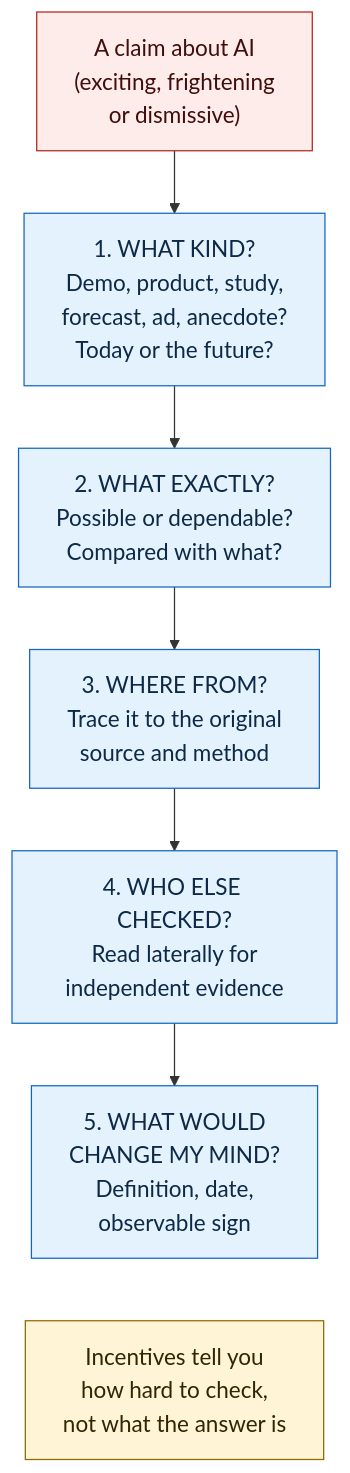
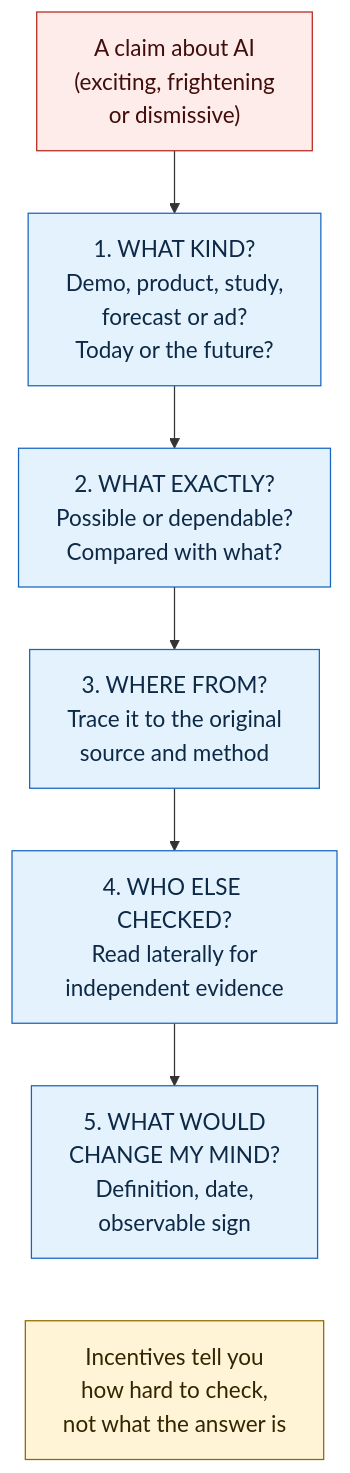
Before and after one commit to danijeljw-RPC/how-to-use-ai.com: the diagram in docs/30-books/31-book-01/diagrams/ai-claim-five-questions.mmd, drawn with Mermaid. The commit also changed 9 other files, not shown here.

```diff
--- a/docs/30-books/31-book-01/diagrams/ai-claim-five-questions.mmd
+++ b/docs/30-books/31-book-01/diagrams/ai-claim-five-questions.mmd
@@ -1,17 +1,17 @@
 %%{init: {"flowchart": {"htmlLabels": false}, "themeVariables": {"fontSize": "18px"}}}%%
 flowchart TB
     H["A claim about AI<br/>(exciting, frightening<br/>or dismissive)"]
-    Q1["1. WHAT KIND?<br/>Demo, product, study,<br/>forecast, ad, anecdote?<br/>Today or the future?"]
+    Q1["1. WHAT KIND?<br/>Demo, product, study,<br/>forecast or ad?<br/>Today or the future?"]
     Q2["2. WHAT EXACTLY?<br/>Possible or dependable?<br/>Compared with what?"]
     Q3["3. WHERE FROM?<br/>Trace it to the original<br/>source and method"]
     Q4["4. WHO ELSE CHECKED?<br/>Read laterally for<br/>independent evidence"]
     Q5["5. WHAT WOULD<br/>CHANGE MY MIND?<br/>Definition, date,<br/>observable sign"]
     N["Incentives tell you<br/>how hard to check,<br/>not what the answer is"]
     H --> Q1 --> Q2 --> Q3 --> Q4 --> Q5
     Q5 ~~~ N
     classDef claim fill:#fdecea,stroke:#b3261e,color:#410e0b
     classDef question fill:#e3f2fd,stroke:#1565c0,color:#0d2946
     classDef note fill:#fff4d6,stroke:#916700,color:#332500
     class H claim
     class Q1,Q2,Q3,Q4,Q5 question
     class N note
```
